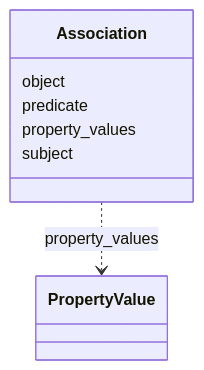
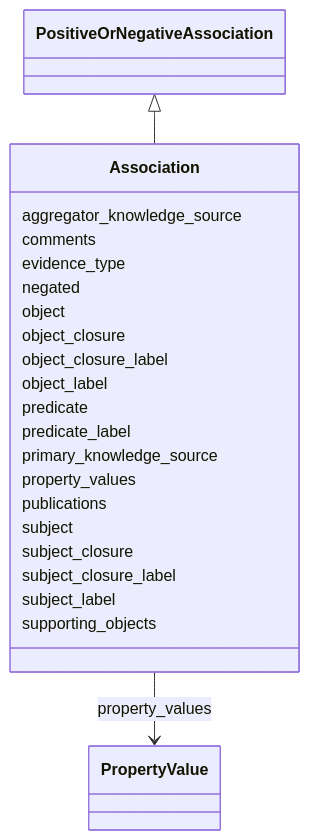
One commit to dalito/ontology-access-kit changed the diagram in association/Association.md. Above: the diagram before and after it, drawn with Mermaid. The commit also changed other lines of this file and 3370 other files, not shown here.

````diff
--- a/association/Association.md
+++ b/association/Association.md
@@ -11,15 +15,45 @@
 ```{mermaid}
  classDiagram
     class Association
+      PositiveOrNegativeAssociation <|-- Association
+      
+      Association : aggregator_knowledge_source
+        
+      Association : comments
+        
+      Association : evidence_type
+        
+      Association : negated
+        
       Association : object
+        
+      Association : object_closure
+        
+      Association : object_closure_label
+        
+      Association : object_label
         
       Association : predicate
         
+      Association : predicate_label
+        
+      Association : primary_knowledge_source
+        
       Association : property_values
         
-          Association ..> PropertyValue : property_values
+          Association --> PropertyValue : property_values
+        
+      Association : publications
         
       Association : subject
         
+      Association : subject_closure
+        
+      Association : subject_closure_label
+        
+      Association : subject_label
+        
+      Association : supporting_objects
+        
       
 ```
````
